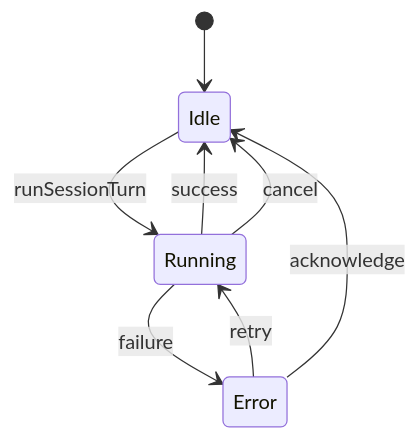
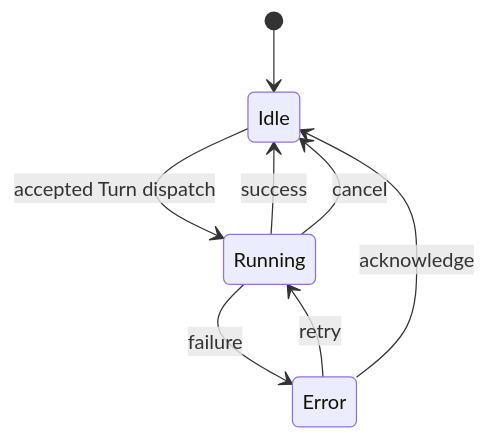
One commit to natumekazuki/WithMate changed the diagram in docs/design/session-run-lifecycle.md. Above: the diagram before and after it, drawn with Mermaid. The commit also changed other lines of this file and 60 other files, not shown here.

````diff
--- a/docs/design/session-run-lifecycle.md
+++ b/docs/design/session-run-lifecycle.md
@@ -39,10 +39,10 @@
 ```mermaid
 stateDiagram-v2
     [*] --> Idle
-    Idle --> Running: runSessionTurn
+    Idle --> Running: accepted Turn dispatch
     Running --> Idle: success
     Running --> Idle: cancel
     Running --> Error: failure
     Error --> Running: retry
     Error --> Idle: acknowledge
 ```
````
